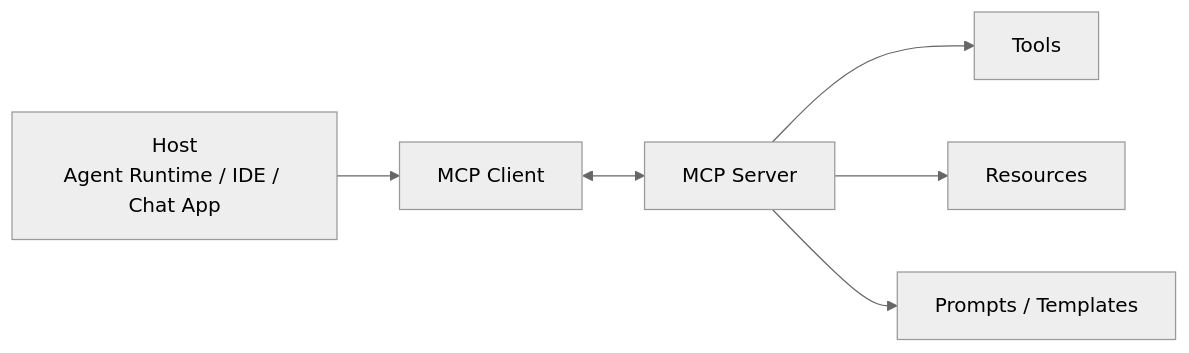
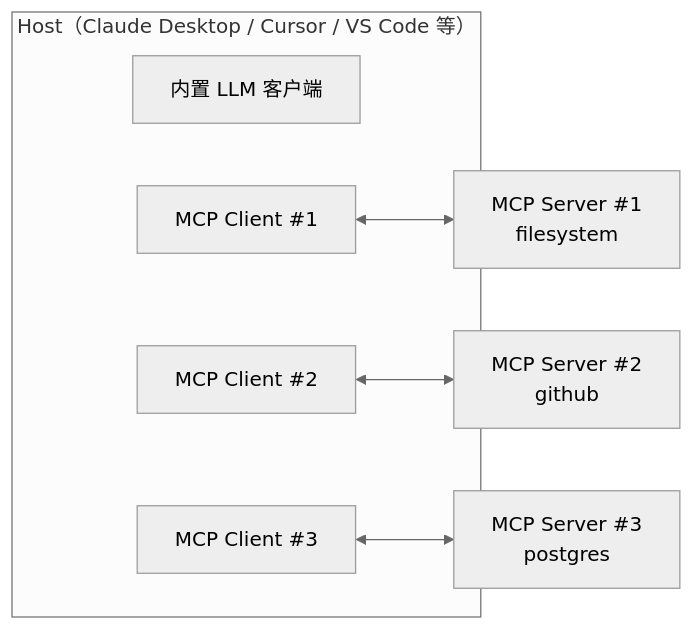
One commit to qxq1997/learning_stuff changed the first of 2 diagrams in AI Agent/10_智能体通信协议：MCP、A2A、ANP 与工具生态.md. Above: the diagram before and after it, drawn with Mermaid (neutral theme). The commit also changed other lines of this file and 7 other files, not shown here.

````diff
--- a/AI Agent/10_智能体通信协议：MCP、A2A、ANP 与工具生态.md
+++ b/AI Agent/10_智能体通信协议：MCP、A2A、ANP 与工具生态.md
@@ -102,8 +125,15 @@
 ```mermaid
 flowchart LR
-    A["Host<br/>Agent Runtime / IDE / Chat App"] --> B["MCP Client"]
-    B <--> C["MCP Server"]
-    C --> D["Tools"]
-    C --> E["Resources"]
-    C --> F["Prompts / Templates"]
+    subgraph Host["Host（Claude Desktop / Cursor / VS Code 等）"]
+        LLM["内置 LLM 客户端"]
+        C1["MCP Client #1"]
+        C2["MCP Client #2"]
+        C3["MCP Client #3"]
+    end
+    S1["MCP Server #1<br/>filesystem"]
+    S2["MCP Server #2<br/>github"]
+    S3["MCP Server #3<br/>postgres"]
+    C1 <--> S1
+    C2 <--> S2
+    C3 <--> S3
 ```
````
